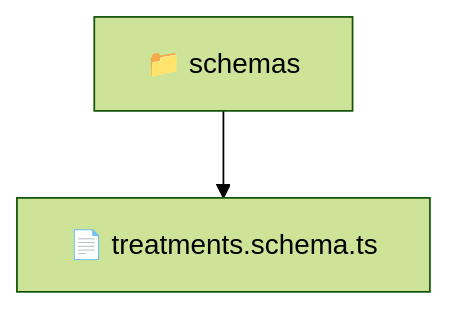
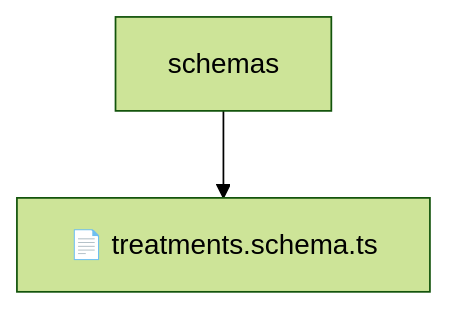
Before and after one commit to beginwebdev2002/fullstack-mavluda: the diagram in backend/src/modules/treatments/infrastructure/schemas/README.md, drawn with Mermaid (forest theme). The commit also changed other lines of this file and 155 other files, not shown here.

````diff
--- a/backend/src/modules/treatments/infrastructure/schemas/README.md
+++ b/backend/src/modules/treatments/infrastructure/schemas/README.md
@@ -10,5 +14,5 @@
 ```mermaid
 graph TD
-  Root["📁 schemas"]
-  Root --> treatmentsschemats["📄 treatments.schema.ts"]
+    Root[schemas]
+    Root --> F0[📄 treatments.schema.ts]
 ```
````
